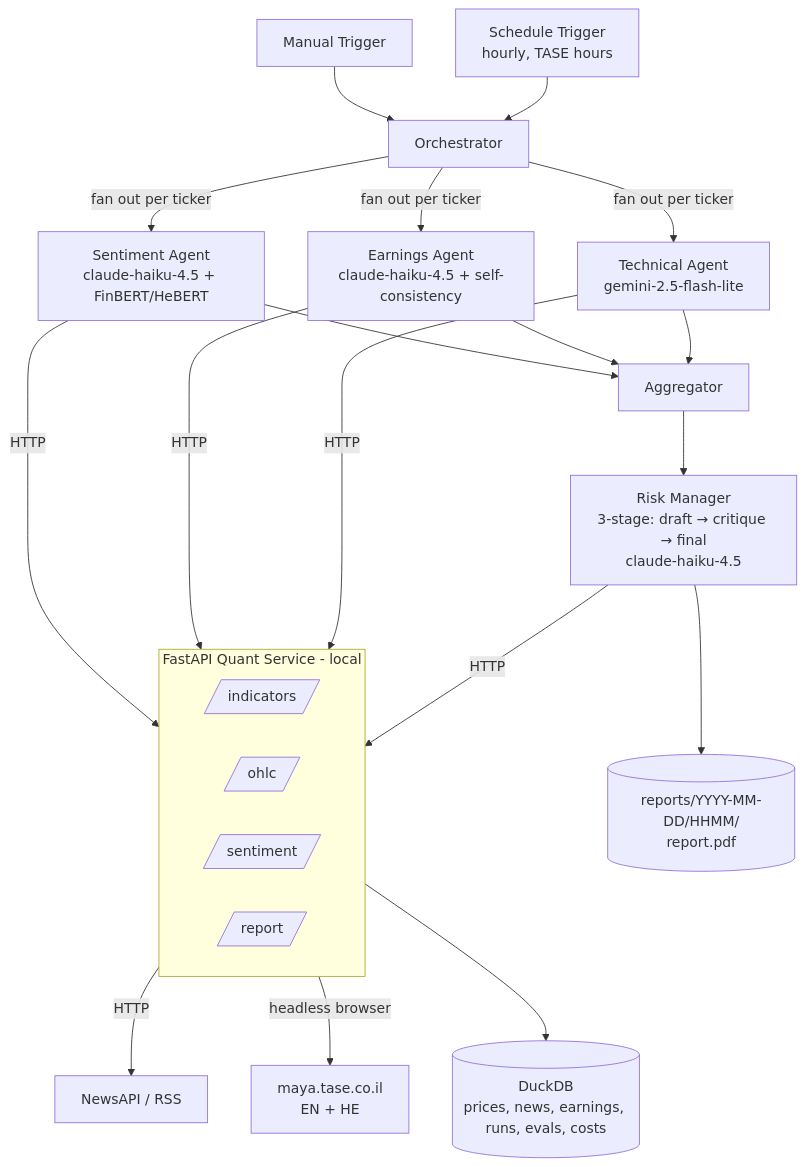
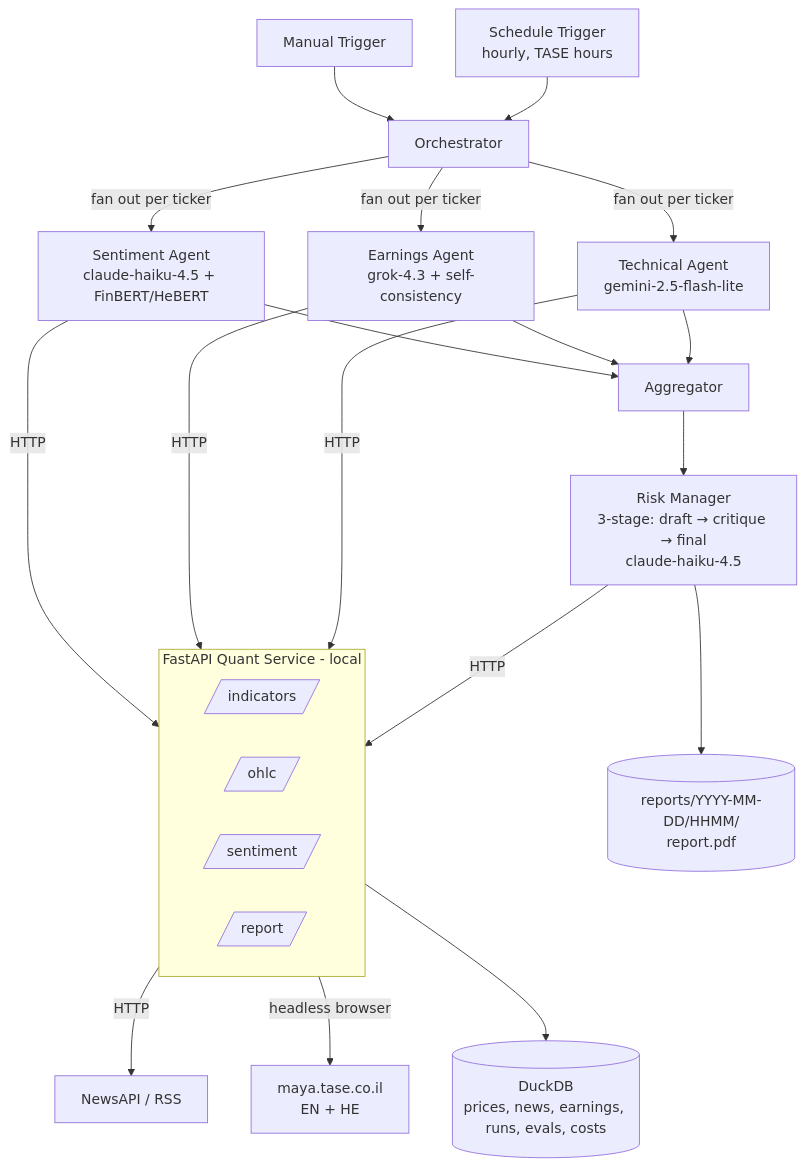
The diagram in docs/design.md (gilbarel1/algotrade-project), drawn with Mermaid before and after one commit. The commit also changed other lines of this file and 3 other files, not shown here.

First line of the commit message:
Earnings agent: swap LLM to x-ai/grok-4.3

````diff
--- a/docs/design.md
+++ b/docs/design.md
@@ -33,32 +33,32 @@
 ```mermaid
 flowchart TD
     T1[Manual Trigger] --> ORC[Orchestrator]
     T2[Schedule Trigger<br/>hourly, TASE hours] --> ORC
 
     ORC -->|fan out per ticker| SA[Sentiment Agent<br/>claude-haiku-4.5 + FinBERT/HeBERT]
-    ORC -->|fan out per ticker| EA[Earnings Agent<br/>claude-haiku-4.5 + self-consistency]
+    ORC -->|fan out per ticker| EA[Earnings Agent<br/>grok-4.3 + self-consistency]
     ORC -->|fan out per ticker| TA[Technical Agent<br/>gemini-2.5-flash-lite]
 
     SA -->|HTTP| QS
     QS -->|HTTP| NEWS[NewsAPI / RSS]
     EA -->|HTTP| QS
     QS -->|headless browser| MAYA[maya.tase.co.il<br/>EN + HE]
     TA -->|HTTP| QS
 
     SA --> AGG[Aggregator]
     EA --> AGG
     TA --> AGG
 
     AGG --> RM[Risk Manager<br/>3-stage: draft → critique → final<br/>claude-haiku-4.5]
     RM -->|HTTP| QS
 
     subgraph QS[FastAPI Quant Service - local]
         F1[/indicators/]
         F2[/ohlc/]
         F3[/sentiment/]
         F4[/report/]
     end
 
     QS --> CACHE[(DuckDB<br/>prices, news, earnings, runs, evals, costs)]
     RM --> PDF[(reports/YYYY-MM-DD/HHMM/<br/>report.pdf)]
 ```
````
